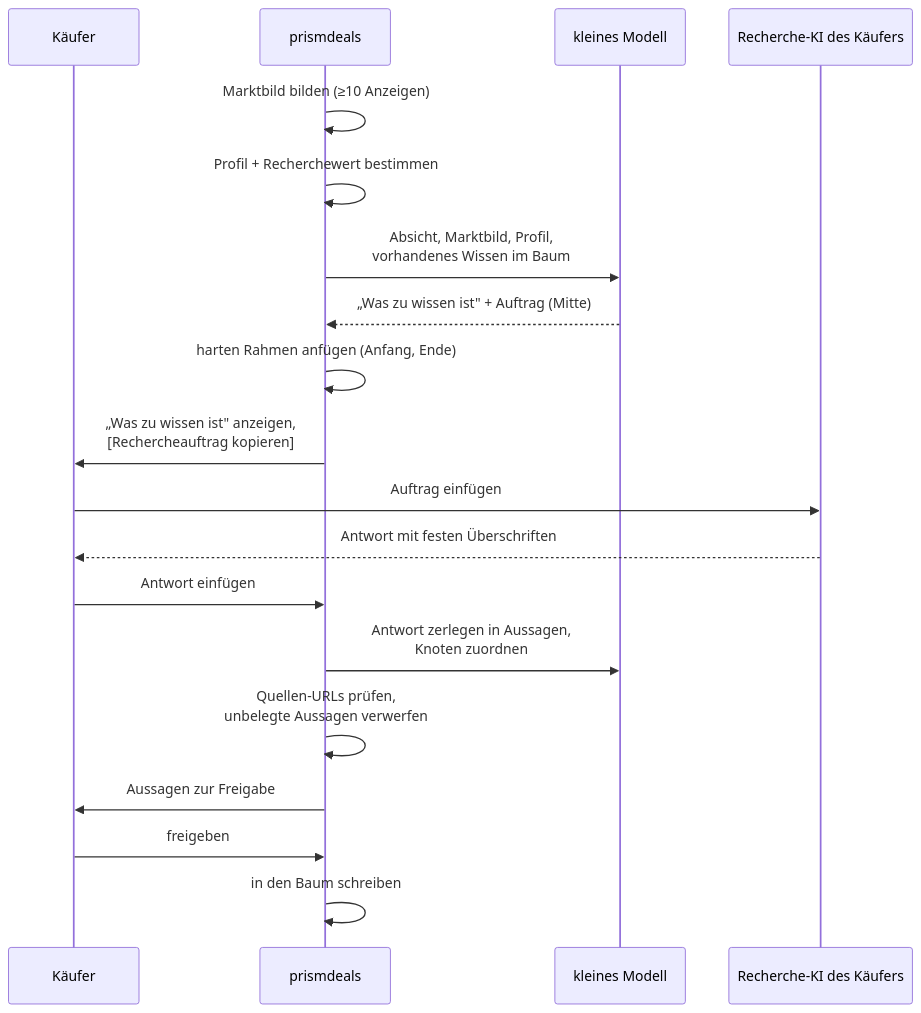
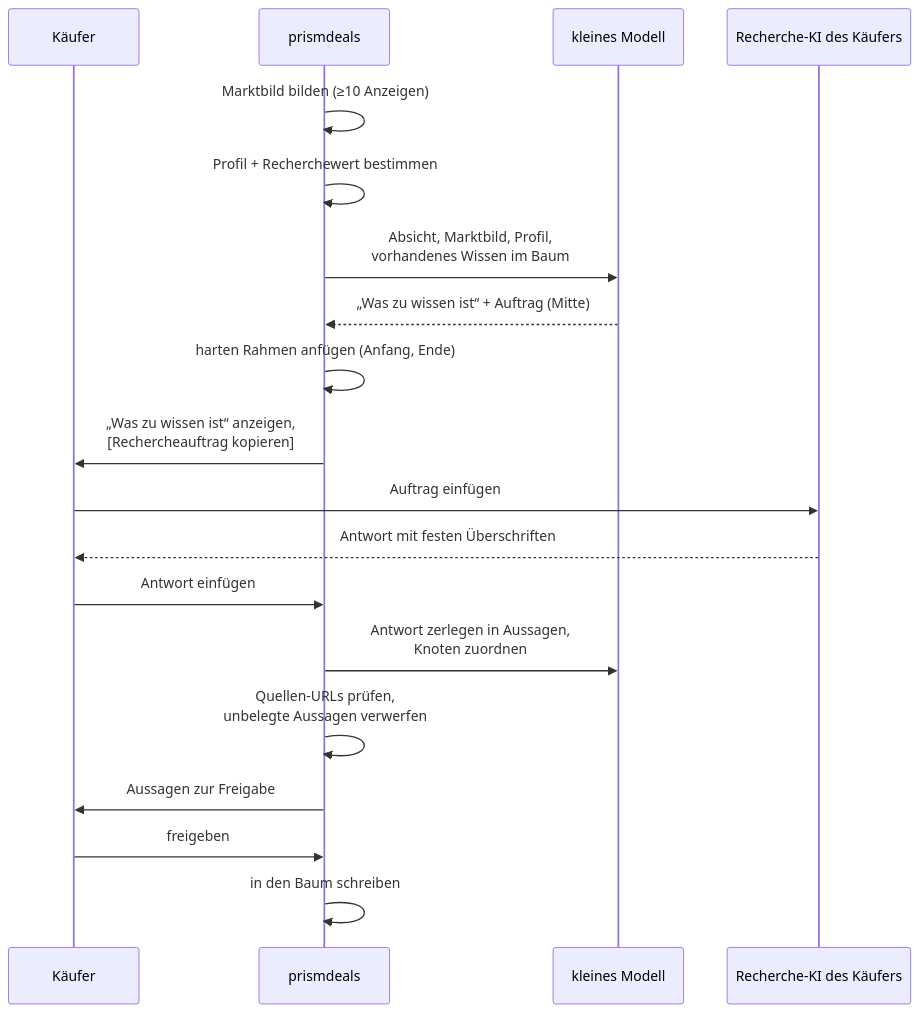
The sixth of 8 diagrams in docs/produktkern.md (Infraviored/prismdeals), drawn with Mermaid before and after one commit. The commit also changed other lines of this file, not shown here.

First line of the commit message:
docs: gerade Anführungszeichen aus Mermaid-Knoten, sie brechen den Parser

````diff
--- a/docs/produktkern.md
+++ b/docs/produktkern.md
@@ -445,21 +445,21 @@
 ```mermaid
 sequenceDiagram
     participant K as Käufer
     participant P as prismdeals
     participant KM as kleines Modell
     participant RK as Recherche-KI des Käufers
     P->>P: Marktbild bilden (≥10 Anzeigen)
     P->>P: Profil + Recherchewert bestimmen
     P->>KM: Absicht, Marktbild, Profil,<br/>vorhandenes Wissen im Baum
-    KM-->>P: „Was zu wissen ist" + Auftrag (Mitte)
+    KM-->>P: „Was zu wissen ist“ + Auftrag (Mitte)
     P->>P: harten Rahmen anfügen (Anfang, Ende)
-    P->>K: „Was zu wissen ist" anzeigen,<br/>[Rechercheauftrag kopieren]
+    P->>K: „Was zu wissen ist“ anzeigen,<br/>[Rechercheauftrag kopieren]
     K->>RK: Auftrag einfügen
     RK-->>K: Antwort mit festen Überschriften
     K->>P: Antwort einfügen
     P->>KM: Antwort zerlegen in Aussagen,<br/>Knoten zuordnen
     P->>P: Quellen-URLs prüfen,<br/>unbelegte Aussagen verwerfen
     P->>K: Aussagen zur Freigabe
     K->>P: freigeben
     P->>P: in den Baum schreiben
 ```
````
